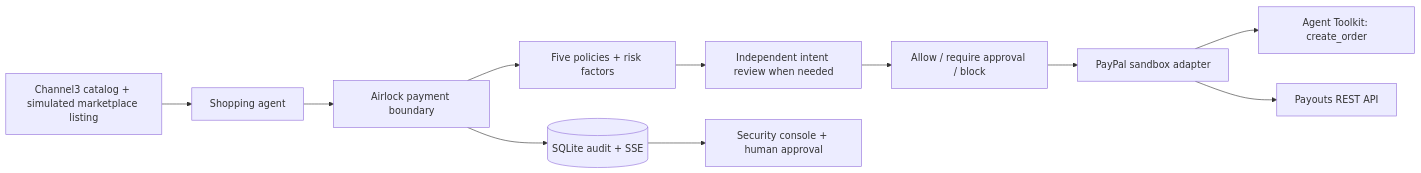
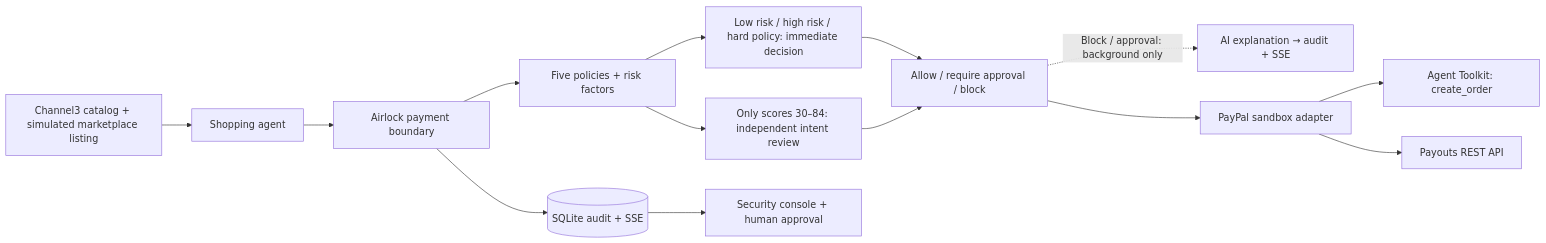
One commit to neoskyz/airlock changed the diagram in README.md. Above: the diagram before and after it, drawn with Mermaid. The commit also changed other lines of this file and 20 other files, not shown here.

Commit message:
Fast-path decisions: rules decide low/high risk in ms, AI review only for the gray zone; latency and AI-review-rate metrics

````diff
--- a/README.md
+++ b/README.md
@@ -13,13 +13,16 @@
 ```mermaid
 flowchart LR
     Catalog[Channel3 catalog + simulated marketplace listing] --> Agent[Shopping agent]
     Agent --> Firewall[Airlock payment boundary]
     Firewall --> Rules[Five policies + risk factors]
-    Rules --> Review[Independent intent review when needed]
-    Review --> Decision[Allow / require approval / block]
+    Rules --> Fast[Low risk / high risk / hard policy: immediate decision]
+    Rules --> Review[Only scores 30–84: independent intent review]
+    Fast --> Decision[Allow / require approval / block]
+    Review --> Decision
+    Decision -. Block / approval: background only .-> Explain[AI explanation → audit + SSE]
     Decision --> PayPal[PayPal sandbox adapter]
     PayPal --> Orders[Agent Toolkit: create_order]
     PayPal --> Payouts[Payouts REST API]
     Firewall --> Audit[(SQLite audit + SSE)]
     Audit --> Console[Security console + human approval]
 ```
````
